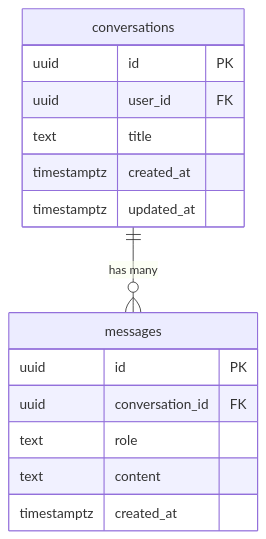
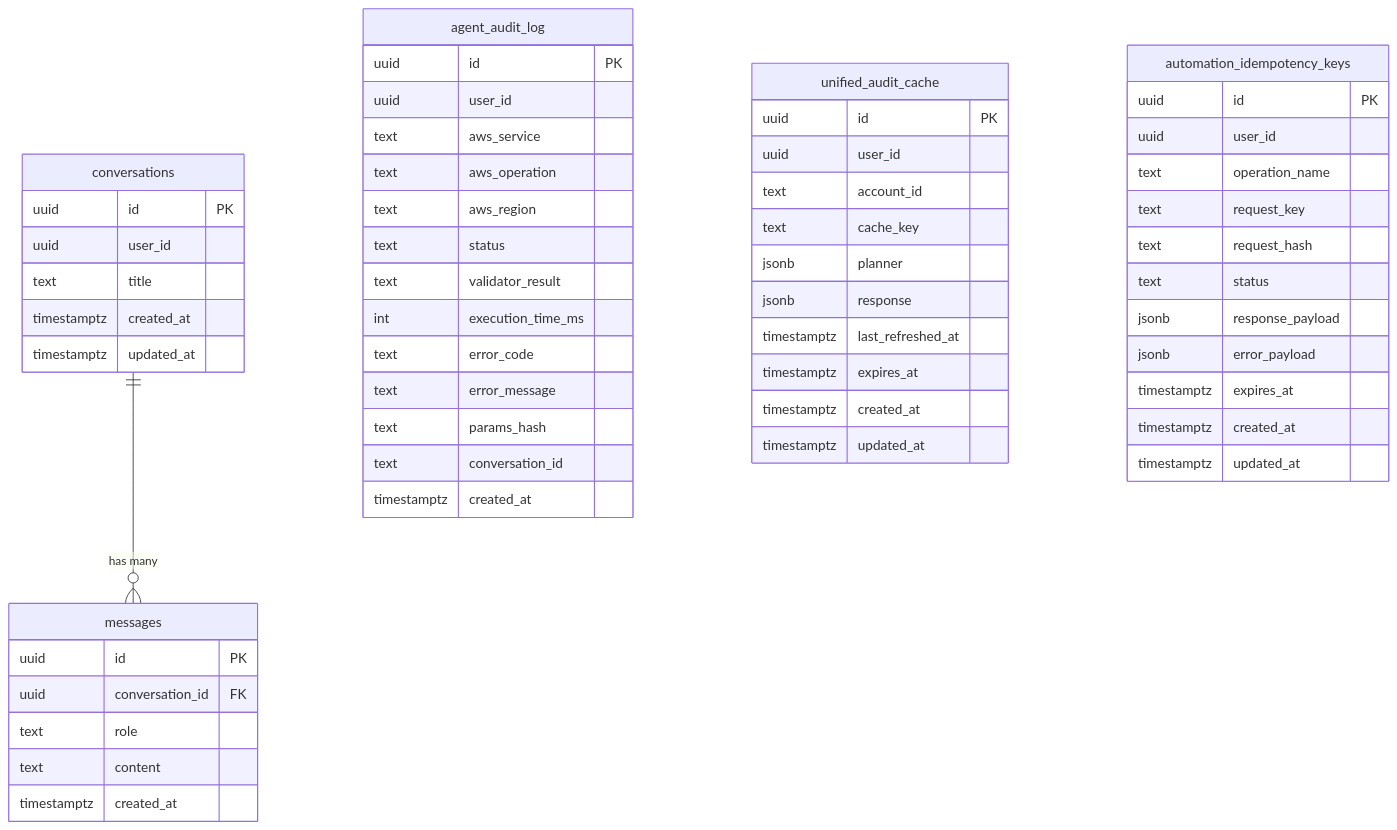
One commit to ritvikindupuri/aws-ai-agent changed the tenth of 21 diagrams in TECHNICAL_DOCUMENTATION.md. Above: the diagram before and after it, drawn with Mermaid. The commit also changed other lines of this file, not shown here.

````diff
--- a/TECHNICAL_DOCUMENTATION.md
+++ b/TECHNICAL_DOCUMENTATION.md
@@ -1007,18 +973,58 @@
 ```mermaid
 erDiagram
     conversations {
         uuid id PK
-        uuid user_id FK
+        uuid user_id
         text title
         timestamptz created_at
         timestamptz updated_at
     }
     messages {
         uuid id PK
         uuid conversation_id FK
         text role
         text content
         timestamptz created_at
     }
+    agent_audit_log {
+        uuid id PK
+        uuid user_id
+        text aws_service
+        text aws_operation
+        text aws_region
+        text status
+        text validator_result
+        int execution_time_ms
+        text error_code
+        text error_message
+        text params_hash
+        text conversation_id
+        timestamptz created_at
+    }
+    unified_audit_cache {
+        uuid id PK
+        uuid user_id
+        text account_id
+        text cache_key
+        jsonb planner
+        jsonb response
+        timestamptz last_refreshed_at
+        timestamptz expires_at
+        timestamptz created_at
+        timestamptz updated_at
+    }
+    automation_idempotency_keys {
+        uuid id PK
+        uuid user_id
+        text operation_name
+        text request_key
+        text request_hash
+        text status
+        jsonb response_payload
+        jsonb error_payload
+        timestamptz expires_at
+        timestamptz created_at
+        timestamptz updated_at
+    }
     conversations ||--o{ messages : "has many"
 ```
````
